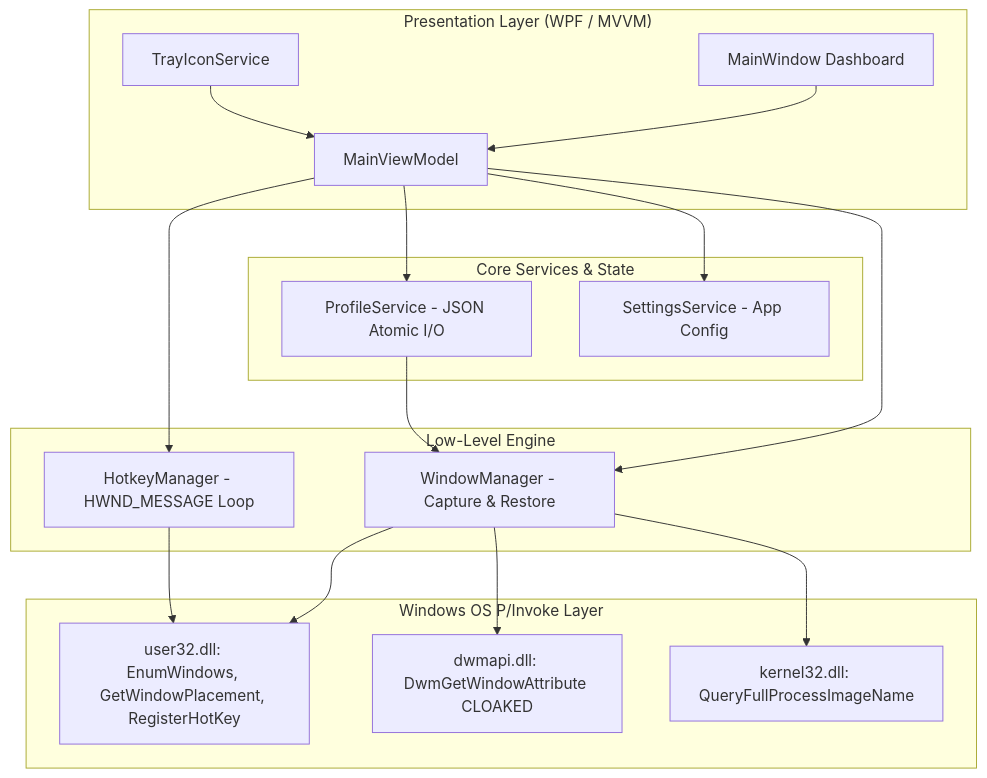
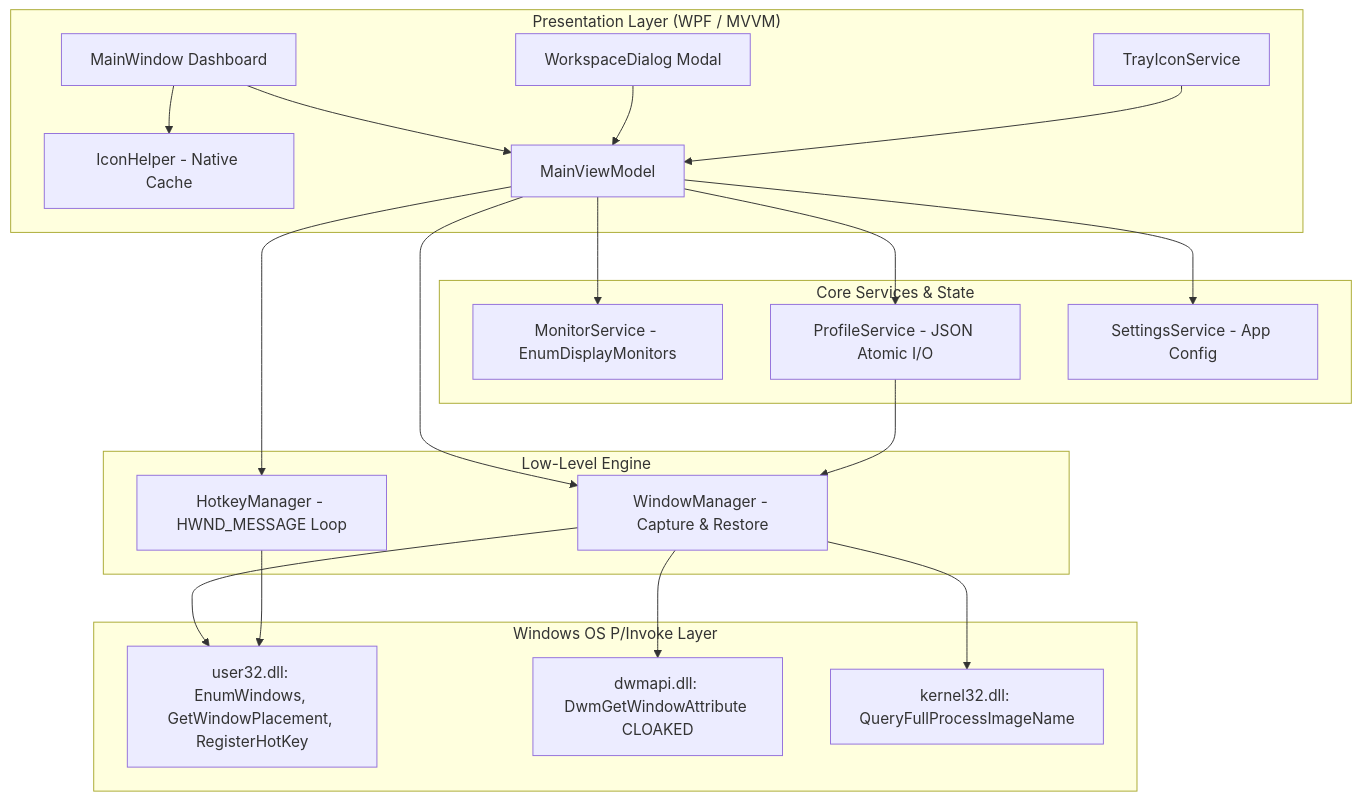
Before and after one commit to yMaxM15/workspace-switcher: the diagram in README.md, drawn with Mermaid. The commit also changed other lines of this file and 1 other file, not shown here.

````diff
--- a/README.md
+++ b/README.md
@@ -55,36 +60,42 @@
 ```mermaid
 graph TD
     subgraph UI ["Presentation Layer (WPF / MVVM)"]
         MW[MainWindow Dashboard]
+        WD[WorkspaceDialog Modal]
         TI[TrayIconService]
+        IH[IconHelper - Native Cache]
         VM[MainViewModel]
     end
 
     subgraph Services ["Core Services & State"]
+        MS[MonitorService - EnumDisplayMonitors]
         PS[ProfileService - JSON Atomic I/O]
         SS[SettingsService - App Config]
     end
 
     subgraph Engine ["Low-Level Engine"]
         WM[WindowManager - Capture & Restore]
         HM[HotkeyManager - HWND_MESSAGE Loop]
     end
 
     subgraph Native ["Windows OS P/Invoke Layer"]
         U32[user32.dll: EnumWindows, GetWindowPlacement, RegisterHotKey]
         DWM[dwmapi.dll: DwmGetWindowAttribute CLOAKED]
         K32[kernel32.dll: QueryFullProcessImageName]
     end
 
     MW --> VM
+    WD --> VM
     TI --> VM
+    MW --> IH
     VM --> PS
     VM --> SS
+    VM --> MS
     VM --> WM
     VM --> HM
     PS --> WM
     WM --> U32
     WM --> DWM
     WM --> K32
     HM --> U32
 ```
````
